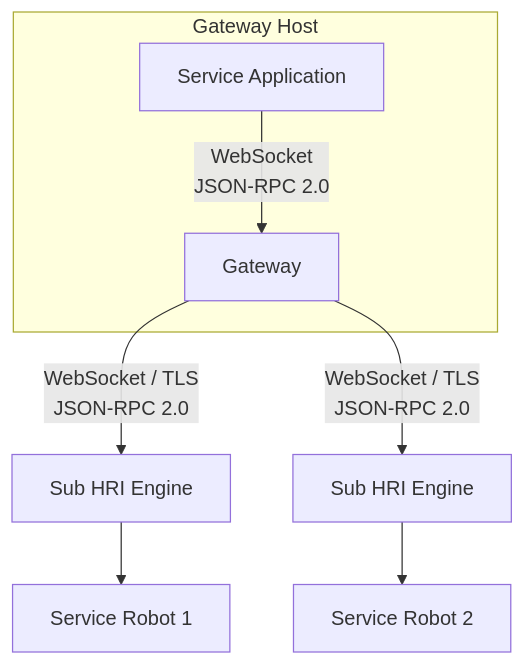
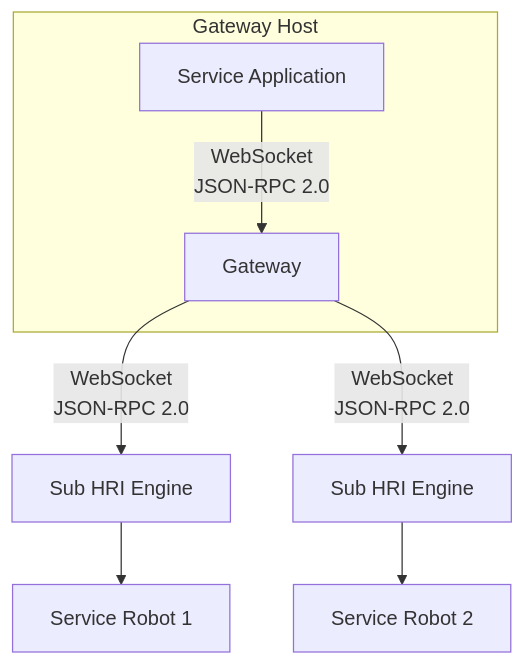
One commit to openrois/openrois changed the third of 5 diagrams in docs/architecture.md. Above: the diagram before and after it, drawn with Mermaid. The commit also changed other lines of this file and 22 other files, not shown here.

First line of the commit message:
docs: align vocabulary, citation and diagrams with the camera-ready paper

````diff
--- a/docs/architecture.md
+++ b/docs/architecture.md
@@ -819,14 +819,14 @@
 ```mermaid
 flowchart TB
     subgraph GatewayHost["Gateway Host"]
         App["Service Application"]
         GW["Gateway"]
         App -->|"WebSocket<br/>JSON-RPC 2.0"| GW
     end
 
-    GW -->|"WebSocket / TLS<br/>JSON-RPC 2.0"| SubEngine1["Sub HRI Engine"]
+    GW -->|"WebSocket<br/>JSON-RPC 2.0"| SubEngine1["Sub HRI Engine"]
     SubEngine1 --> Robot1["Service Robot 1"]
 
-    GW -->|"WebSocket / TLS<br/>JSON-RPC 2.0"| SubEngine2["Sub HRI Engine"]
+    GW -->|"WebSocket<br/>JSON-RPC 2.0"| SubEngine2["Sub HRI Engine"]
     SubEngine2 --> Robot2["Service Robot 2"]
 ```
````
